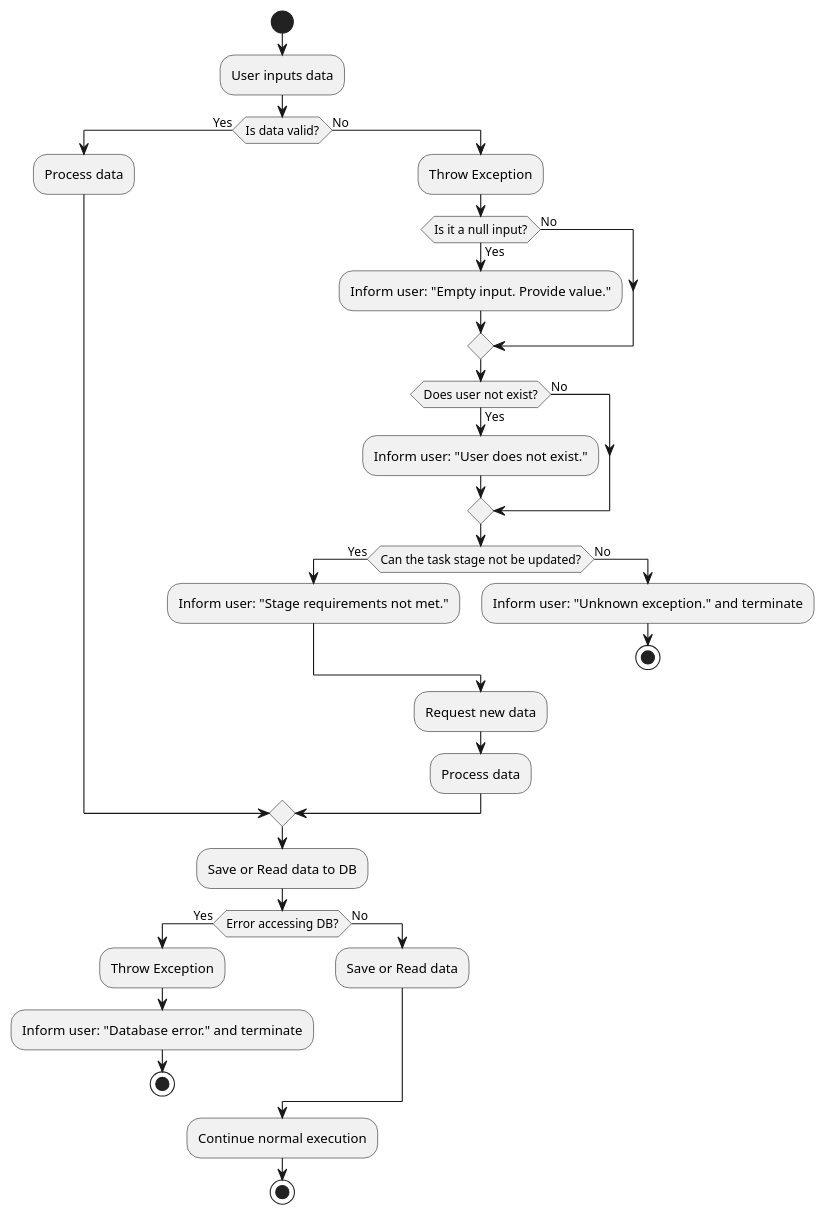
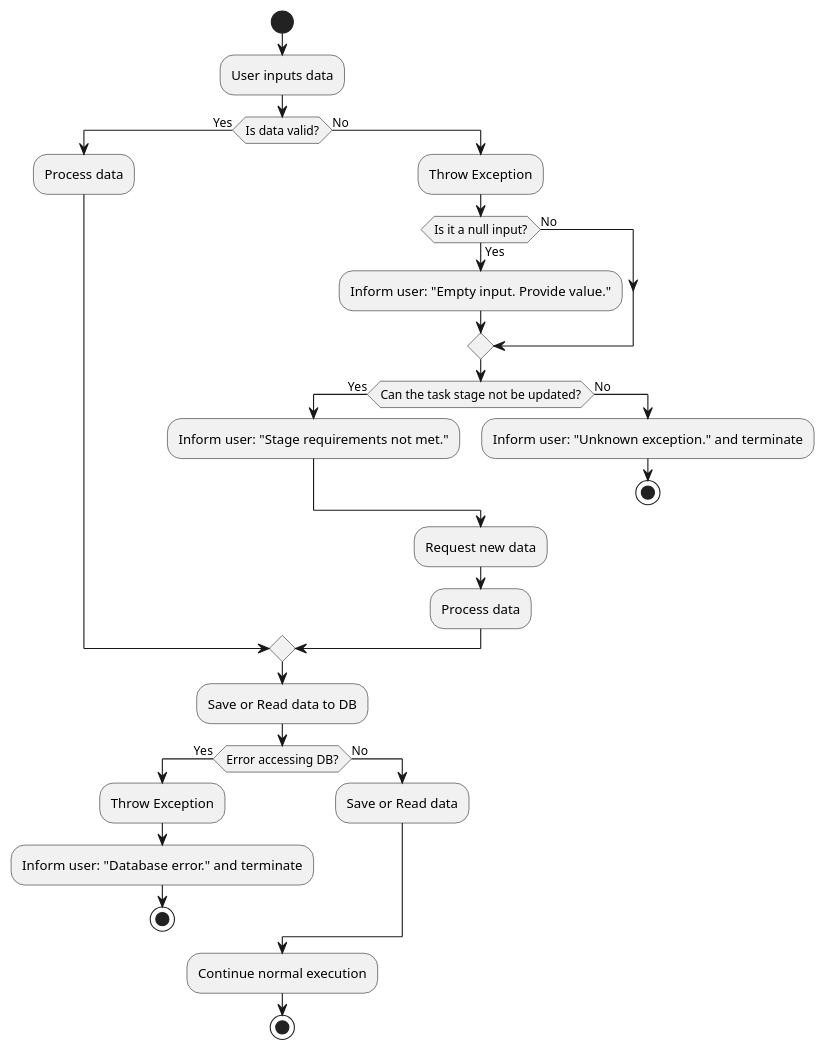
Before and after one commit to travisformayor/cli_kanban: the diagram in diagrams/exceptionDiagram.puml, drawn with PlantUML. The commit also changed 12 other files, not shown here.

```diff
--- a/diagrams/exceptionDiagram.puml
+++ b/diagrams/exceptionDiagram.puml
@@ -1,44 +1,39 @@
 @startuml exceptionDiagram
 
 start
 :User inputs data;
 
 if (Is data valid?) then (Yes)
   :Process data;
 else (No)
   :Throw Exception;
 
   if (Is it a null input?) then (Yes)
     :Inform user: "Empty input. Provide value.";
-  else (No)
-  endif
-
-  if (Does user not exist?) then (Yes)
-    :Inform user: "User does not exist.";
   else (No)
   endif
 
   if (Can the task stage not be updated?) then (Yes)
     :Inform user: "Stage requirements not met.";
   else (No)
     :Inform user: "Unknown exception." and terminate;
     stop
   endif
 
   :Request new data;
   :Process data;
 endif
 
 :Save or Read data to DB;
 if (Error accessing DB?) then (Yes)
   :Throw Exception;
   :Inform user: "Database error." and terminate;
   stop
 else (No)
   :Save or Read data;
 endif
 
 :Continue normal execution;
 stop
 
 @enduml
```
